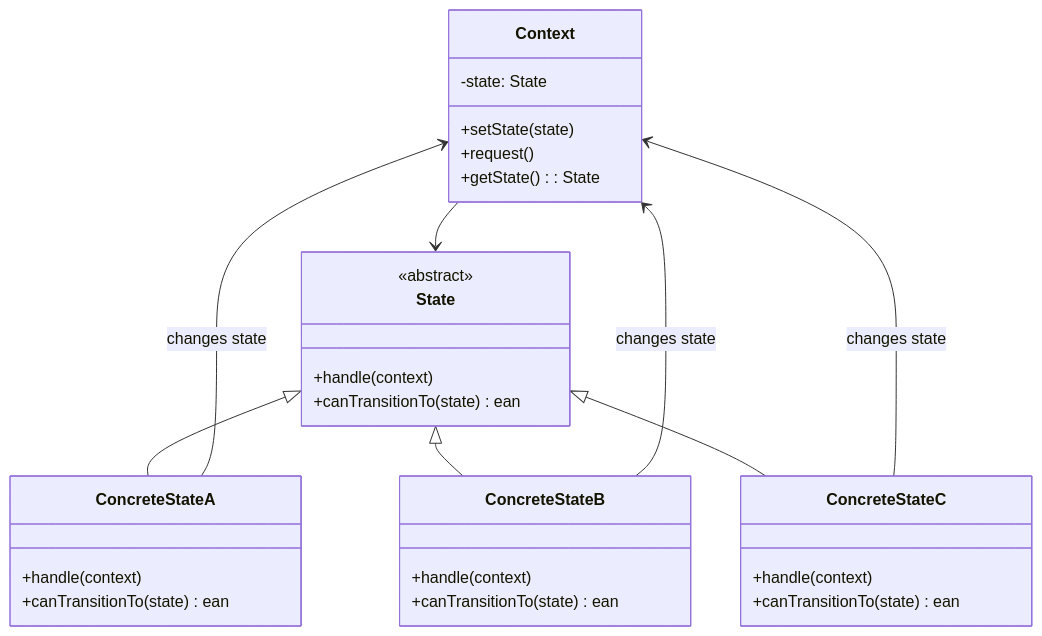
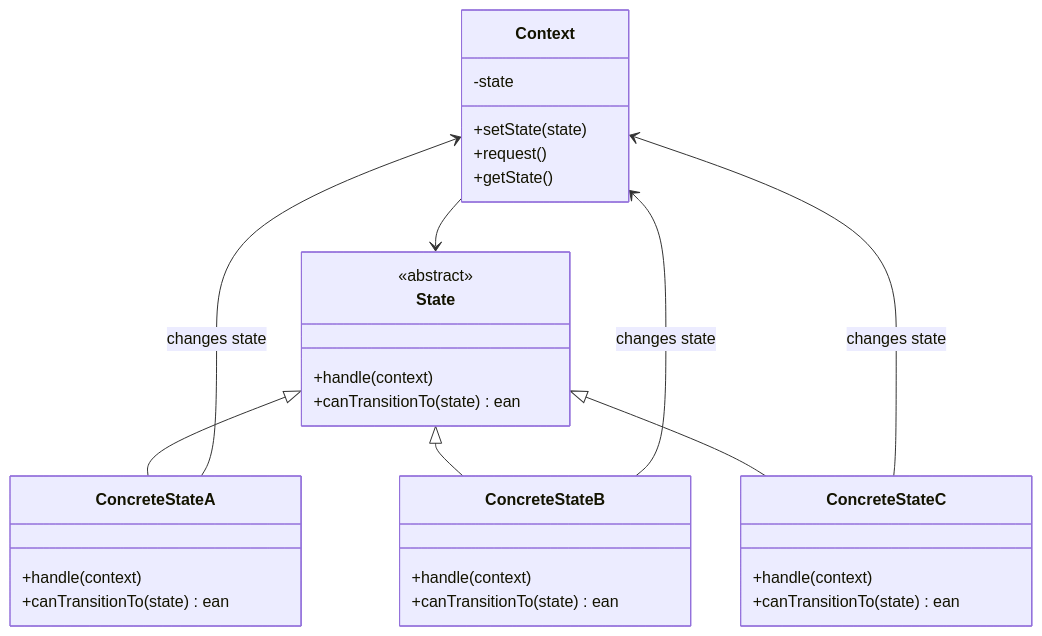
The first of 4 diagrams in resources/design-patterns/laravel/behavioral/state_en.md (fanly/DesignPattern), drawn with Mermaid before and after one commit. The commit also changed other lines of this file and 17 other files, not shown here.

````diff
--- a/resources/design-patterns/laravel/behavioral/state_en.md
+++ b/resources/design-patterns/laravel/behavioral/state_en.md
@@ -10,38 +10,38 @@
 ```mermaid
 classDiagram
     class Context {
-        -state: State
+        -state
         +setState(state)
         +request()
-        +getState(): State
+        +getState()
     }
     
     class State {
         <<abstract>>
         +handle(context)
         +canTransitionTo(state)ean
     }
     
     class ConcreteStateA {
         +handle(context)
         +canTransitionTo(state)ean
     }
     
     class ConcreteStateB {
         +handle(context)
         +canTransitionTo(state)ean
     }
     
     class ConcreteStateC {
         +handle(context)
         +canTransitionTo(state)ean
     }
     
     Context --> State
     State <|-- ConcreteStateA
     State <|-- ConcreteStateB
     State <|-- ConcreteStateC
     ConcreteStateA --> Context : changes state
     ConcreteStateB --> Context : changes state
     ConcreteStateC --> Context : changes state
 ```
````
